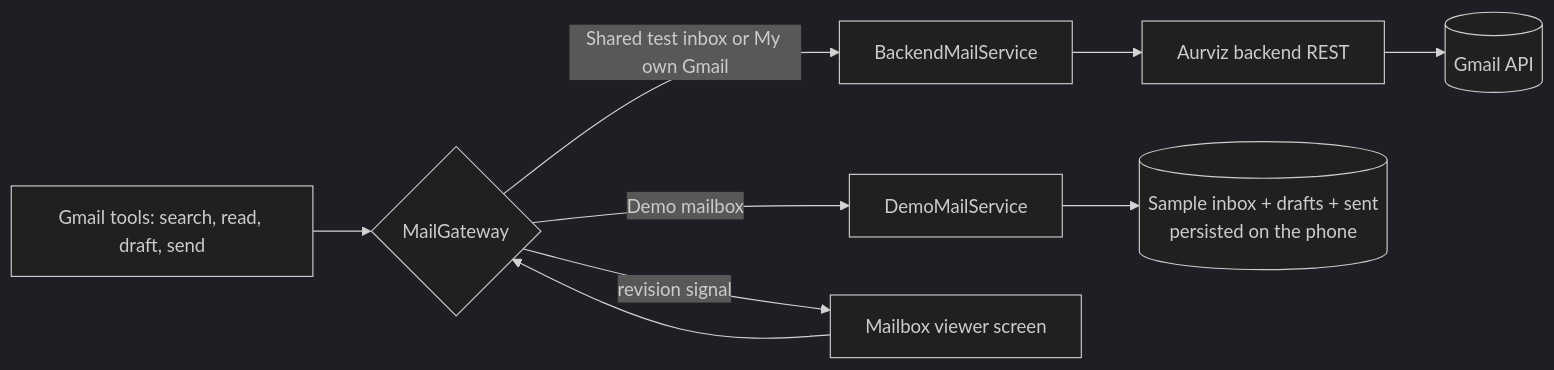
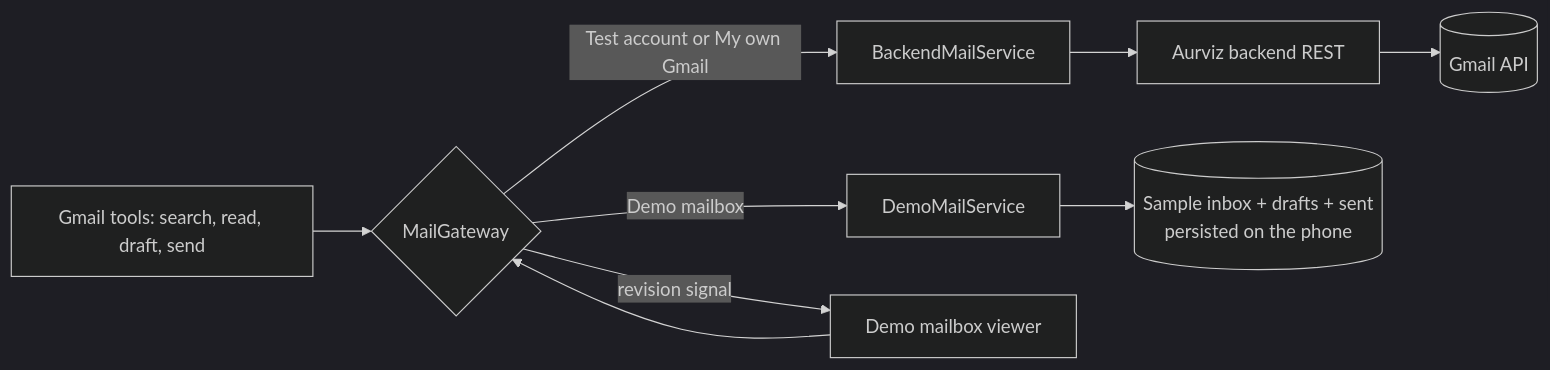
Before and after one commit to AdityaKushwaha404/Aurviz_agent: the fifth of 7 diagrams in docs/ARCHITECTURE.md, drawn with Mermaid (dark theme). The commit also changed other lines of this file and 37 other files, not shown here.

First line of the commit message:
feat: test Gmail account with credentials and sign-in steps in the app; mailbox order test/own/demo; demo-only viewer

````diff
--- a/docs/ARCHITECTURE.md
+++ b/docs/ARCHITECTURE.md
@@ -151,11 +151,11 @@
 ```mermaid
 flowchart LR
     T[Gmail tools: search, read, draft, send] --> G{MailGateway}
-    G -- Shared test inbox or My own Gmail --> B[BackendMailService]
+    G -- Test account or My own Gmail --> B[BackendMailService]
     G -- Demo mailbox --> D[DemoMailService]
     B --> API[Aurviz backend REST]
     API --> GM[(Gmail API)]
     D --> S[(Sample inbox + drafts + sent<br/>persisted on the phone)]
-    V[Mailbox viewer screen] --> G
+    V[Demo mailbox viewer] --> G
     G -- revision signal --> V
 ```
````
